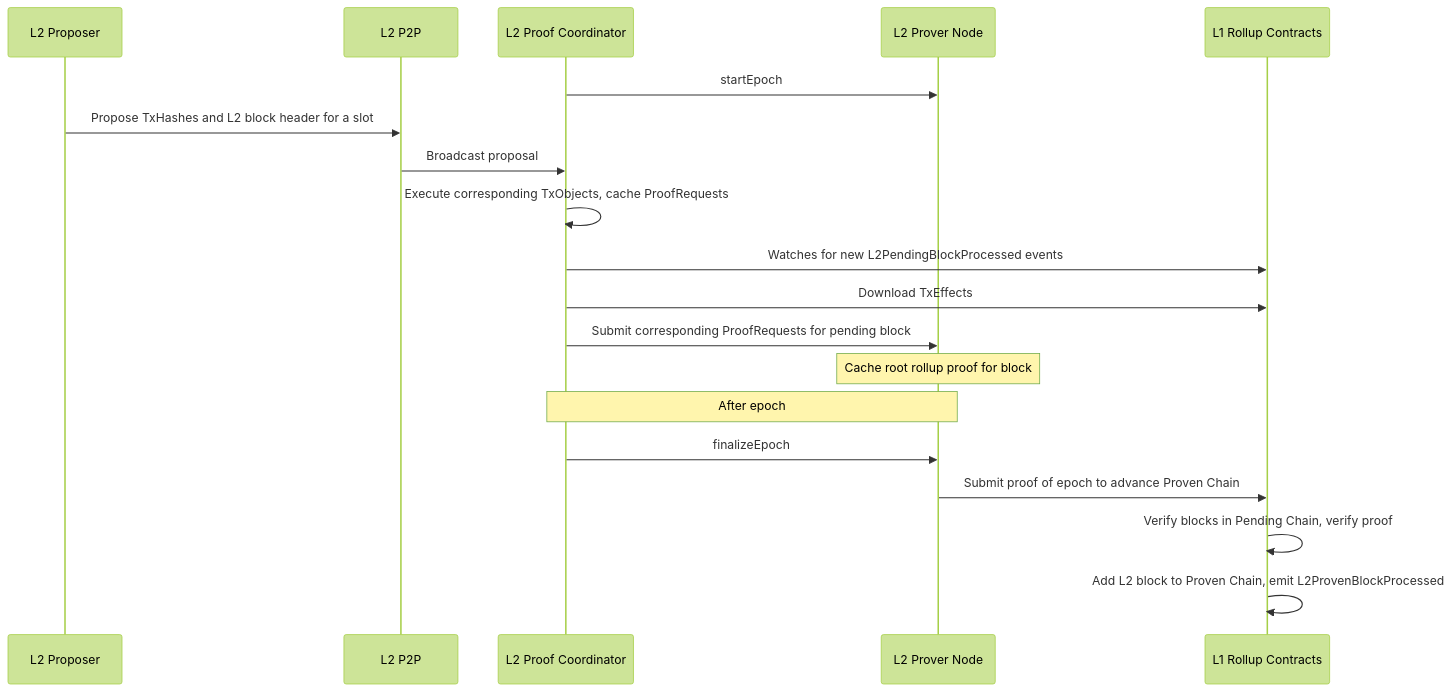
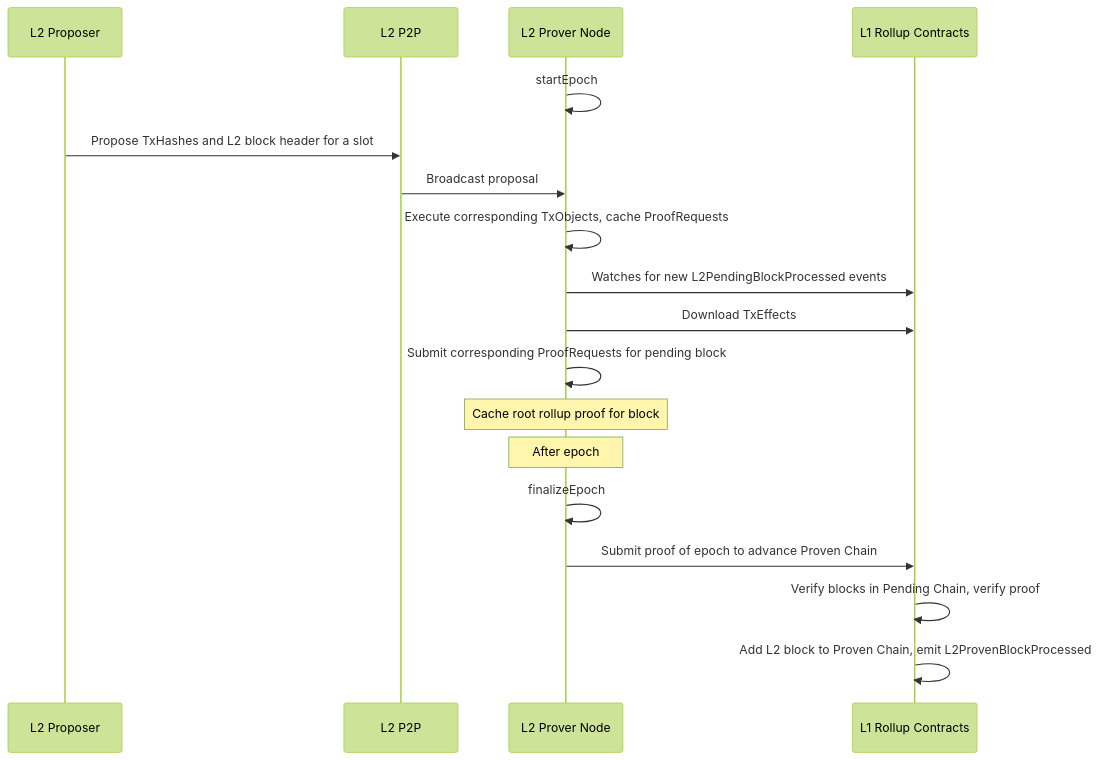
Before and after one commit to AztecProtocol/engineering-designs: the second of 2 diagrams in in-progress/7482-sequencer-prover-test-net.md, drawn with Mermaid (forest theme). The commit also changed other lines of this file, not shown here.

````diff
--- a/in-progress/7482-sequencer-prover-test-net.md
+++ b/in-progress/7482-sequencer-prover-test-net.md
@@ -170,22 +180,21 @@
 ```mermaid
 sequenceDiagram
     participant P as L2 Proposer
     participant MP as L2 P2P
-    participant PC as L2 Proof Coordinator
     participant PN as L2 Prover Node
     participant L1R as L1 Rollup Contracts
 
-    PC->>PN: startEpoch
+    PN->>PN: startEpoch
     P->>MP: Propose TxHashes and L2 block header for a slot 
-    MP->>PC: Broadcast proposal
-    PC->>PC: Execute corresponding TxObjects, cache ProofRequests
-    PC->>L1R: Watches for new L2PendingBlockProcessed events
-    PC->>L1R: Download TxEffects
-    PC->>PN: Submit corresponding ProofRequests for pending block
+    MP->>PN: Broadcast proposal
+    PN->>PN: Execute corresponding TxObjects, cache ProofRequests
+    PN->>L1R: Watches for new L2PendingBlockProcessed events
+    PN->>L1R: Download TxEffects
+    PN->>PN: Submit corresponding ProofRequests for pending block
     Note over PN: Cache root rollup proof for block
-    Note over PC,PN: After epoch
-    PC->>PN: finalizeEpoch
+    Note over PN: After epoch
+    PN->>PN: finalizeEpoch
     PN->>L1R: Submit proof of epoch to advance Proven Chain
     L1R->>L1R: Verify blocks in Pending Chain, verify proof
     L1R->>L1R: Add L2 block to Proven Chain, emit L2ProvenBlockProcessed
 ```
````
